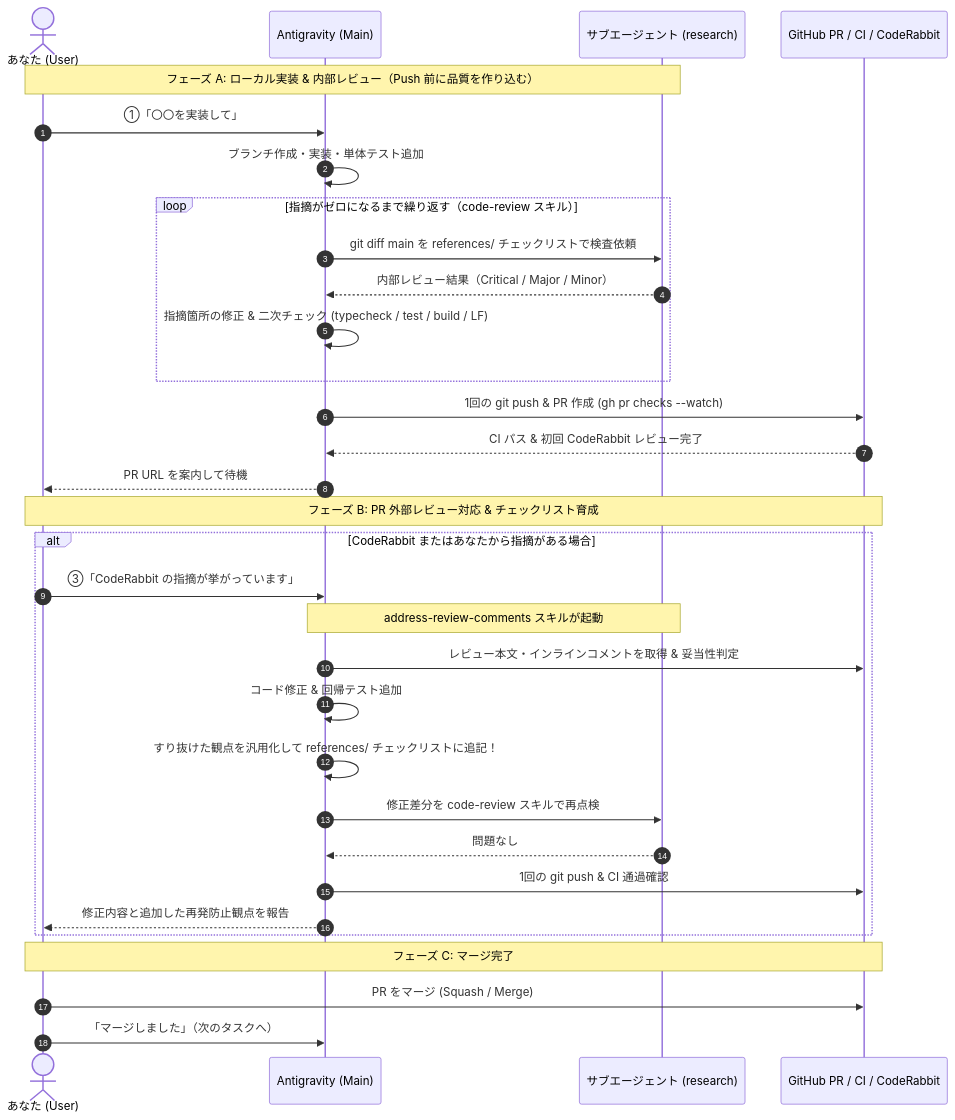
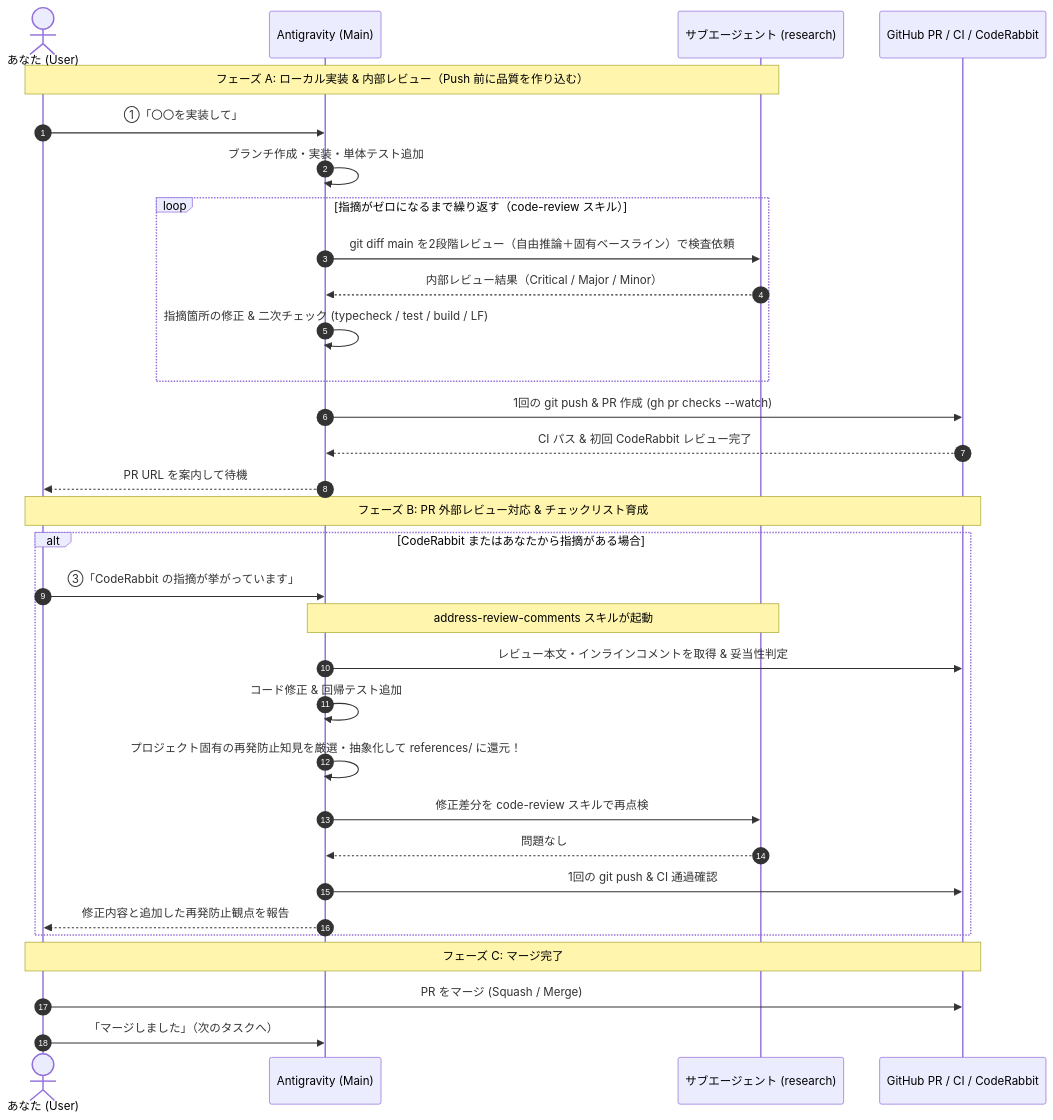
The first of 2 diagrams in docs/dev/release-flow.md (asabon/personal-dev-dashboard), drawn with Mermaid before and after one commit. The commit also changed other lines of this file and 7 other files, not shown here.

Commit message:
chore: コードレビュースキルを2段階方式（自由推論＋固有ベースライン）に改善 (#65)

````diff
--- a/docs/dev/release-flow.md
+++ b/docs/dev/release-flow.md
@@ -33,37 +33,37 @@
 ```mermaid
 sequenceDiagram
     autonumber
     actor User as あなた (User)
     participant Agent as Antigravity (Main)
     participant Sub as サブエージェント (research)
     participant GH as GitHub PR / CI / CodeRabbit
 
     Note over User,Sub: フェーズ A: ローカル実装 & 内部レビュー（Push 前に品質を作り込む）
     User->>Agent: ①「〇〇を実装して」
     Agent->>Agent: ブランチ作成・実装・単体テスト追加
     loop 指摘がゼロになるまで繰り返す（code-review スキル）
-        Agent->>Sub: git diff main を references/ チェックリストで検査依頼
+        Agent->>Sub: git diff main を2段階レビュー（自由推論＋固有ベースライン）で検査依頼
         Sub-->>Agent: 内部レビュー結果（Critical / Major / Minor）
         Agent->>Agent: 指摘箇所の修正 & 二次チェック (typecheck / test / build / LF)
     end
     Agent->>GH: 1回の git push & PR 作成 (gh pr checks --watch)
     GH-->>Agent: CI パス & 初回 CodeRabbit レビュー完了
     Agent-->>User: PR URL を案内して待機
 
     Note over User,GH: フェーズ B: PR 外部レビュー対応 & チェックリスト育成
     alt CodeRabbit またはあなたから指摘がある場合
         User->>Agent: ③「CodeRabbit の指摘が挙がっています」
         Note over Agent,Sub: address-review-comments スキルが起動
         Agent->>GH: レビュー本文・インラインコメントを取得 & 妥当性判定
         Agent->>Agent: コード修正 & 回帰テスト追加
-        Agent->>Agent: すり抜けた観点を汎用化して references/ チェックリストに追記！
+        Agent->>Agent: プロジェクト固有の再発防止知見を厳選・抽象化して references/ に還元！
         Agent->>Sub: 修正差分を code-review スキルで再点検
         Sub-->>Agent: 問題なし
         Agent->>GH: 1回の git push & CI 通過確認
         Agent-->>User: 修正内容と追加した再発防止観点を報告
     end
 
     Note over User,GH: フェーズ C: マージ完了
     User->>GH: PR をマージ (Squash / Merge)
     User->>Agent: 「マージしました」（次のタスクへ）
 ```
````
